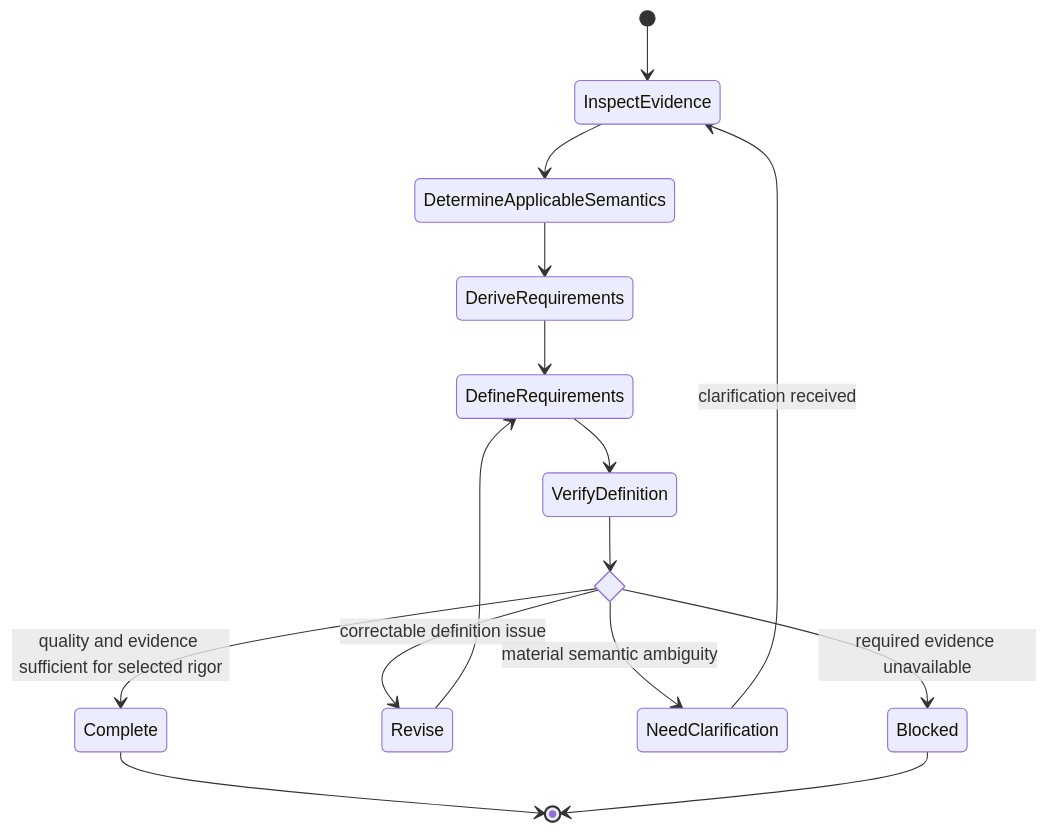
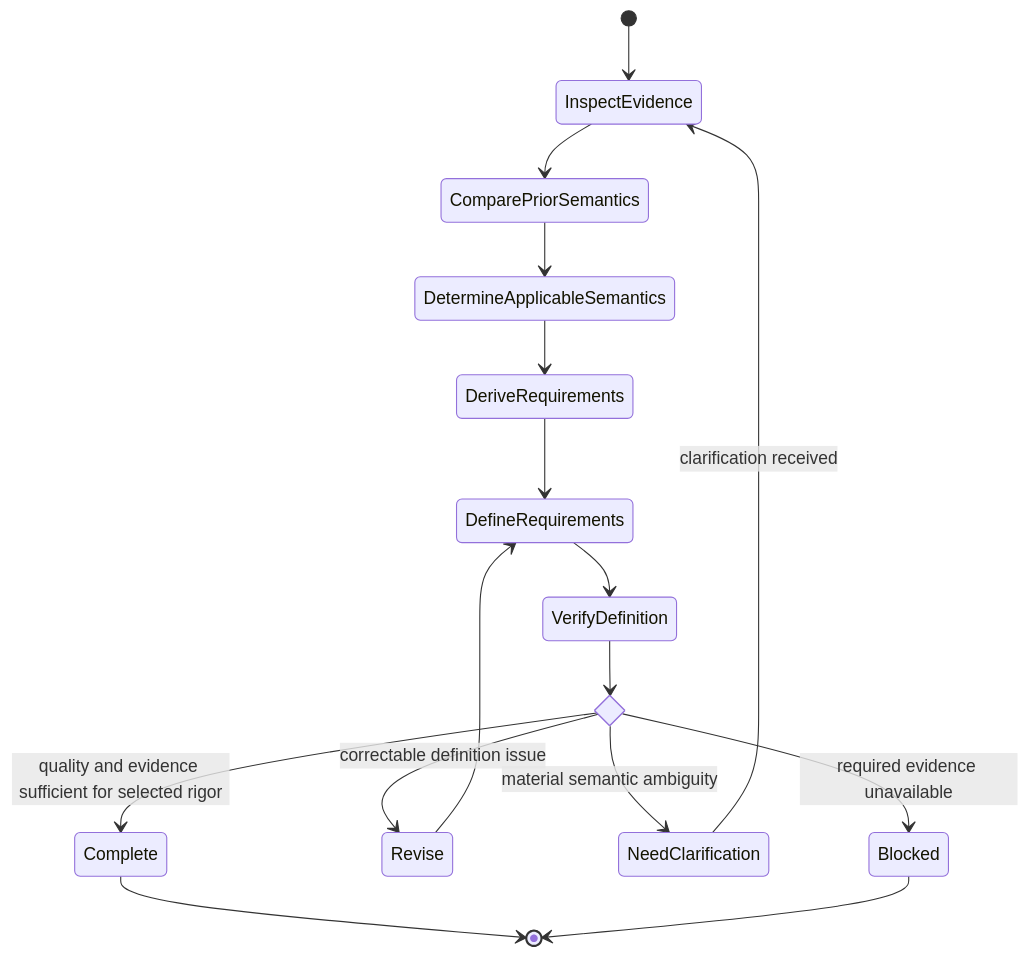
The diagram in contexts/requirements/skills/definition/SKILL.md (JadsonLucena/agent-toolkit), drawn with Mermaid before and after one commit. The commit also changed other lines of this file and 6 other files, not shown here.

````diff
--- a/contexts/requirements/skills/definition/SKILL.md
+++ b/contexts/requirements/skills/definition/SKILL.md
@@ -22,20 +22,21 @@
 ```mermaid
 stateDiagram-v2
     [*] --> InspectEvidence
-    InspectEvidence --> DetermineApplicableSemantics
+    InspectEvidence --> ComparePriorSemantics
+    ComparePriorSemantics --> DetermineApplicableSemantics
     DetermineApplicableSemantics --> DeriveRequirements
     DeriveRequirements --> DefineRequirements
     DefineRequirements --> VerifyDefinition
 
     state DefinitionResult <<choice>>
     VerifyDefinition --> DefinitionResult
     DefinitionResult --> Complete: quality and evidence sufficient for selected rigor
     DefinitionResult --> Revise: correctable definition issue
     DefinitionResult --> NeedClarification: material semantic ambiguity
     DefinitionResult --> Blocked: required evidence unavailable
 
     Revise --> DefineRequirements
     NeedClarification --> InspectEvidence: clarification received
     Complete --> [*]
     Blocked --> [*]
 ```
````
